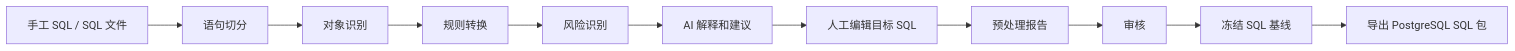
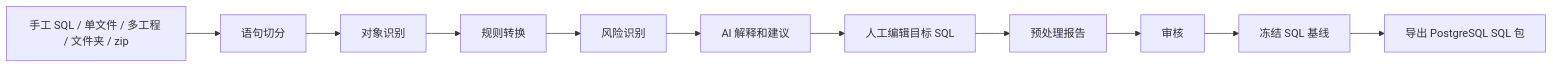
The second of 11 diagrams in docs/design.md (sainm/SchemaPilot), drawn with Mermaid before and after one commit. The commit also changed other lines of this file and 489 other files, not shown here.

Commit message:
Implement modular SchemaPilot MVP

````diff
--- a/docs/design.md
+++ b/docs/design.md
@@ -112,13 +203,13 @@
 ```mermaid
 flowchart LR
-  A["手工 SQL / SQL 文件"] --> B["语句切分"]
+  A["手工 SQL / 单文件 / 多工程 / 文件夹 / zip"] --> B["语句切分"]
   B --> C["对象识别"]
   C --> D["规则转换"]
   D --> E["风险识别"]
   E --> F["AI 解释和建议"]
   F --> G["人工编辑目标 SQL"]
   G --> H["预处理报告"]
   H --> I["审核"]
   I --> J["冻结 SQL 基线"]
   J --> K["导出 PostgreSQL SQL 包"]
 ```
````
